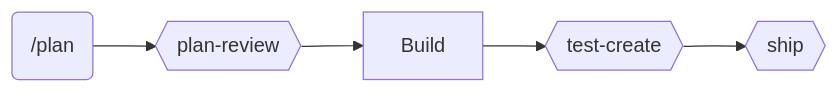
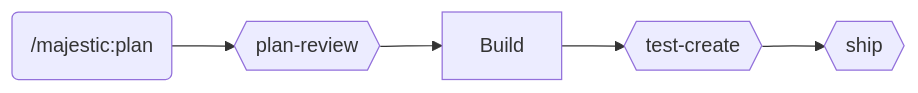
Before and after one commit to majesticlabs-dev/majestic-marketplace: the second of 2 diagrams in plugins/majestic-engineer/README.md, drawn with Mermaid. The commit also changed other lines of this file and 12 other files, not shown here.

````diff
--- a/plugins/majestic-engineer/README.md
+++ b/plugins/majestic-engineer/README.md
@@ -37,7 +37,7 @@
 ```mermaid
 graph LR
-    A(/plan) --> B{{plan-review}}
+    A(/majestic:plan) --> B{{plan-review}}
     B --> C[Build]
     C --> D{{test-create}}
     D --> E{{ship}}
 ```
````
